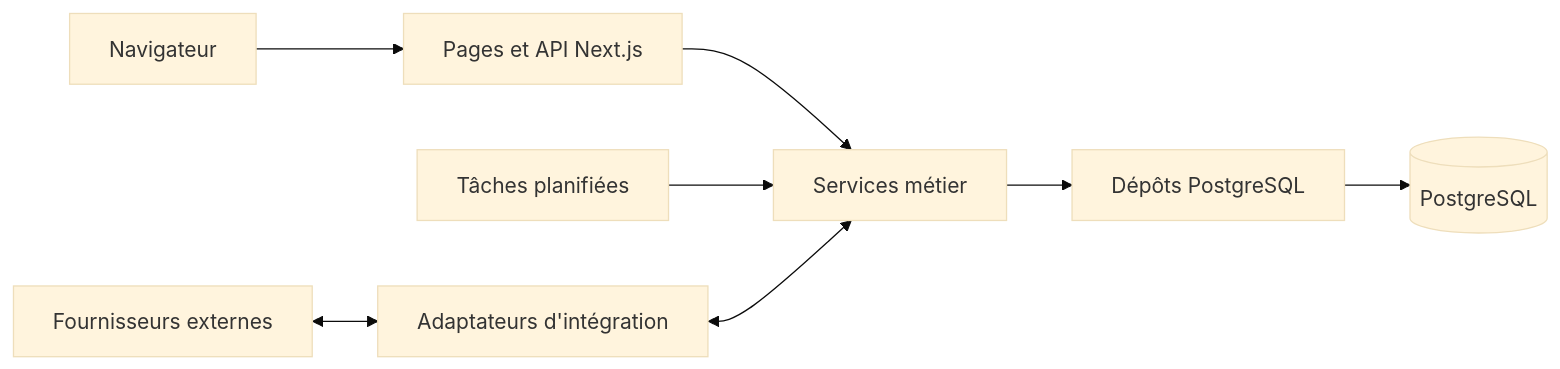
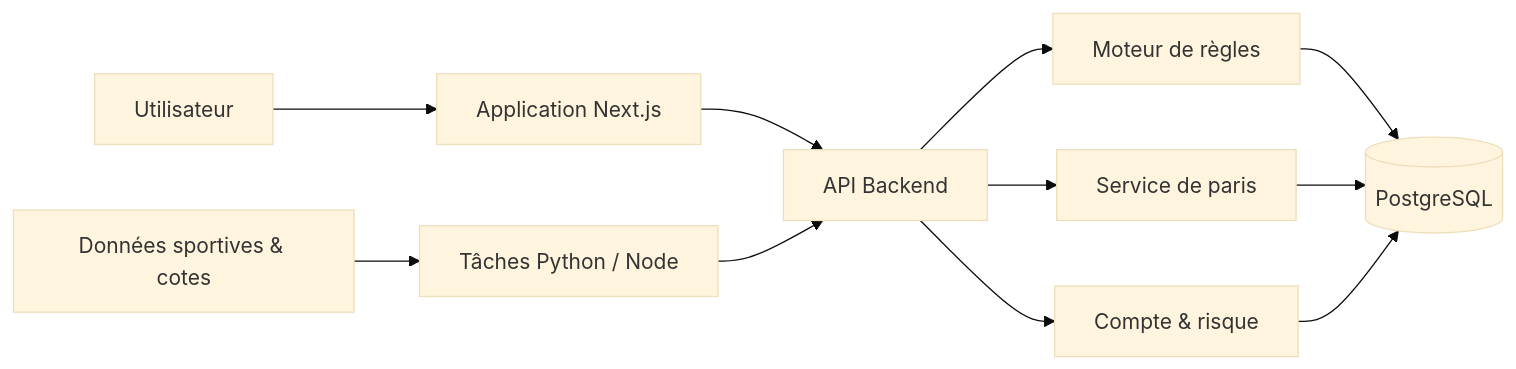
One commit to Aaronn765/Propbet-Public-version changed the diagram in README.fr.md. Above: the diagram before and after it, drawn with Mermaid (base theme). The commit also changed other lines of this file, not shown here.

```diff
--- a/README.fr.md
+++ b/README.fr.md
@@ -28,10 +49,15 @@
 ~~~mermaid
 flowchart LR
-  C[Navigateur] --> W[Pages et API Next.js]
-  W --> D[Services métier]
-  D --> R[Dépôts PostgreSQL]
-  R --> P[(PostgreSQL)]
-  J[Tâches planifiées] --> D
-  X[Fournisseurs externes] <--> A[Adaptateurs d'intégration]
-  A <--> D
+  U[Utilisateur] --> W[Application Next.js]
+  W --> API[API Backend]
+  API --> R[Moteur de règles]
+  API --> B[Service de paris]
+  API --> A[Compte & risque]
+
+  R --> DB[(PostgreSQL)]
+  B --> DB
+  A --> DB
+
+  J[Tâches Python / Node] --> API
+  D[Données sportives & cotes] --> J
 ~~~
```
